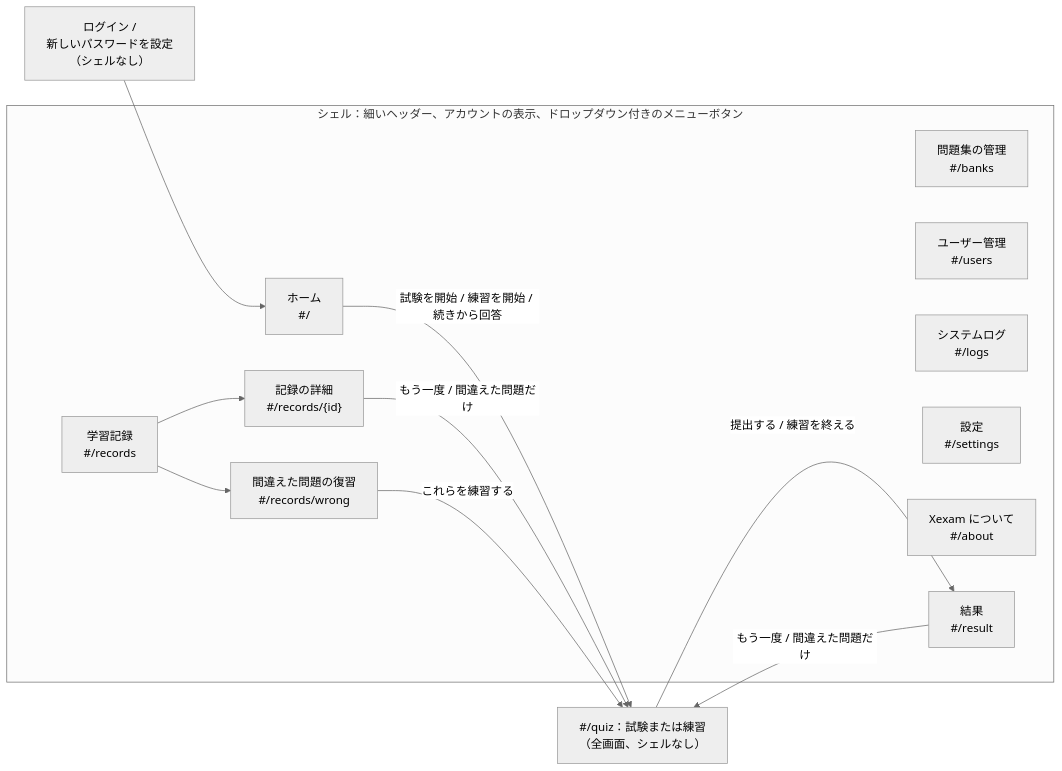
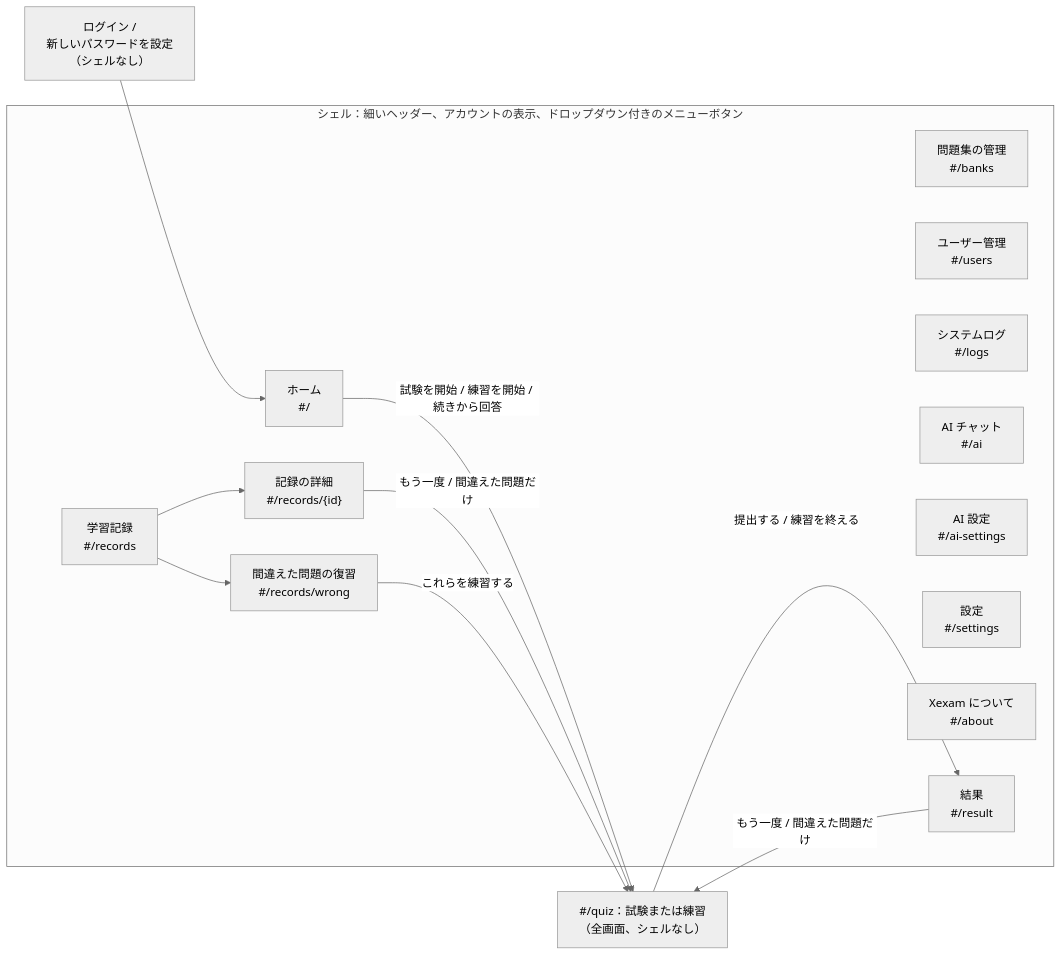
One commit to Yumin-Space/xexam changed the fourth of 7 diagrams in docs/ja/architecture.md. Above: the diagram before and after it, drawn with Mermaid (neutral theme). The commit also changed other lines of this file and 233 other files, not shown here.

````diff
--- a/docs/ja/architecture.md
+++ b/docs/ja/architecture.md
@@ -196,24 +314,26 @@
 ```mermaid
 flowchart LR
     SI["ログイン /<br/>新しいパスワードを設定<br/>（シェルなし）"] --> H
     subgraph shell["シェル：細いヘッダー、アカウントの表示、ドロップダウン付きのメニューボタン"]
         H["ホーム<br/>#/"]
         B["問題集の管理<br/>#/banks"]
         R["学習記録<br/>#/records"]
         US["ユーザー管理<br/>#/users"]
         LG["システムログ<br/>#/logs"]
+        AI["AI チャット<br/>#/ai"]
+        AIS["AI 設定<br/>#/ai-settings"]
         S["設定<br/>#/settings"]
         AB["Xexam について<br/>#/about"]
         D["記録の詳細<br/>#/records/{id}"]
         W["間違えた問題の復習<br/>#/records/wrong"]
         RS["結果<br/>#/result"]
     end
     Q["#/quiz：試験または練習<br/>（全画面、シェルなし）"]
     R --> D
     R --> W
     H -->|"試験を開始 / 練習を開始 / 続きから回答"| Q
     Q -->|"提出する / 練習を終える"| RS
     RS -->|"もう一度 / 間違えた問題だけ"| Q
     D -->|"もう一度 / 間違えた問題だけ"| Q
     W -->|"これらを練習する"| Q
 ```
````
